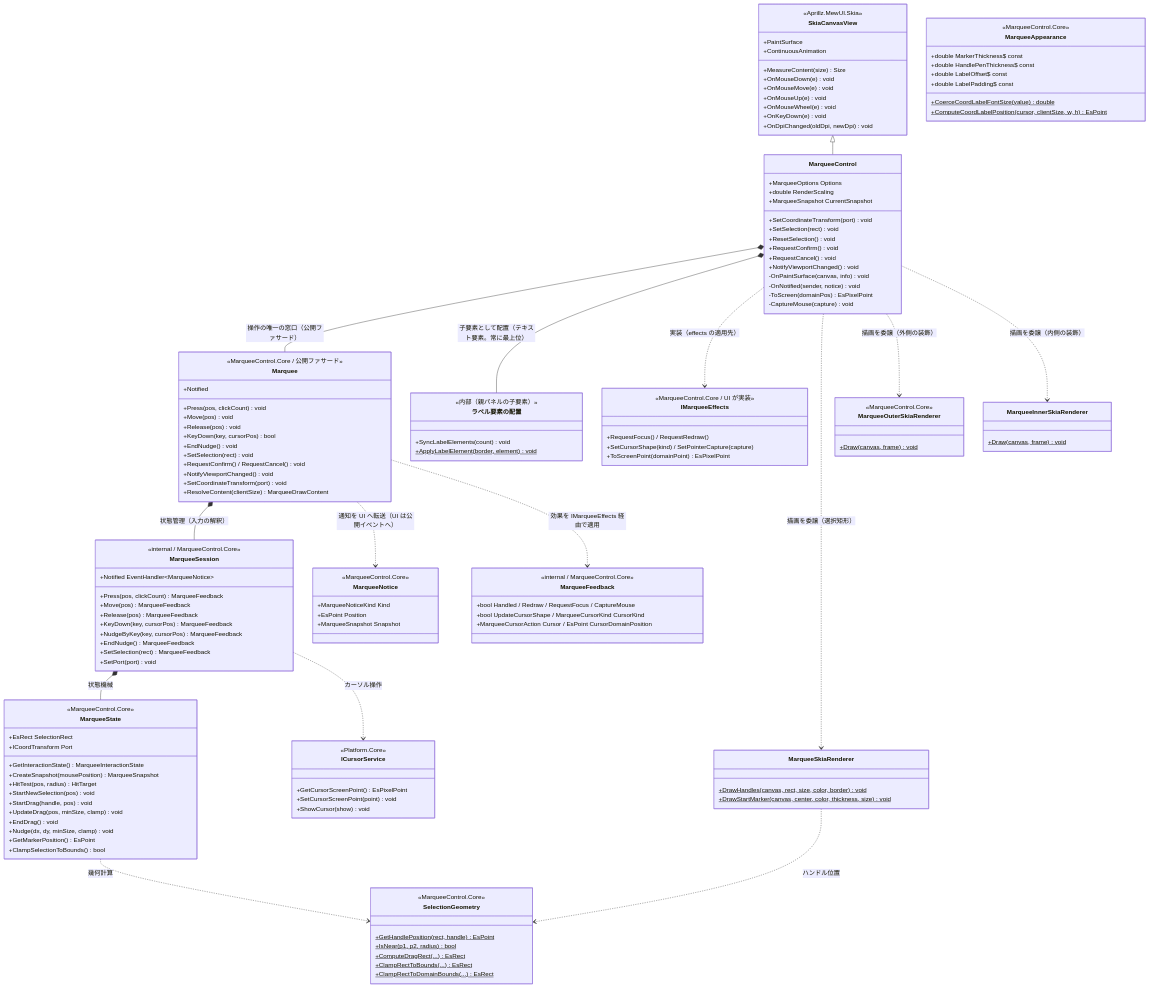
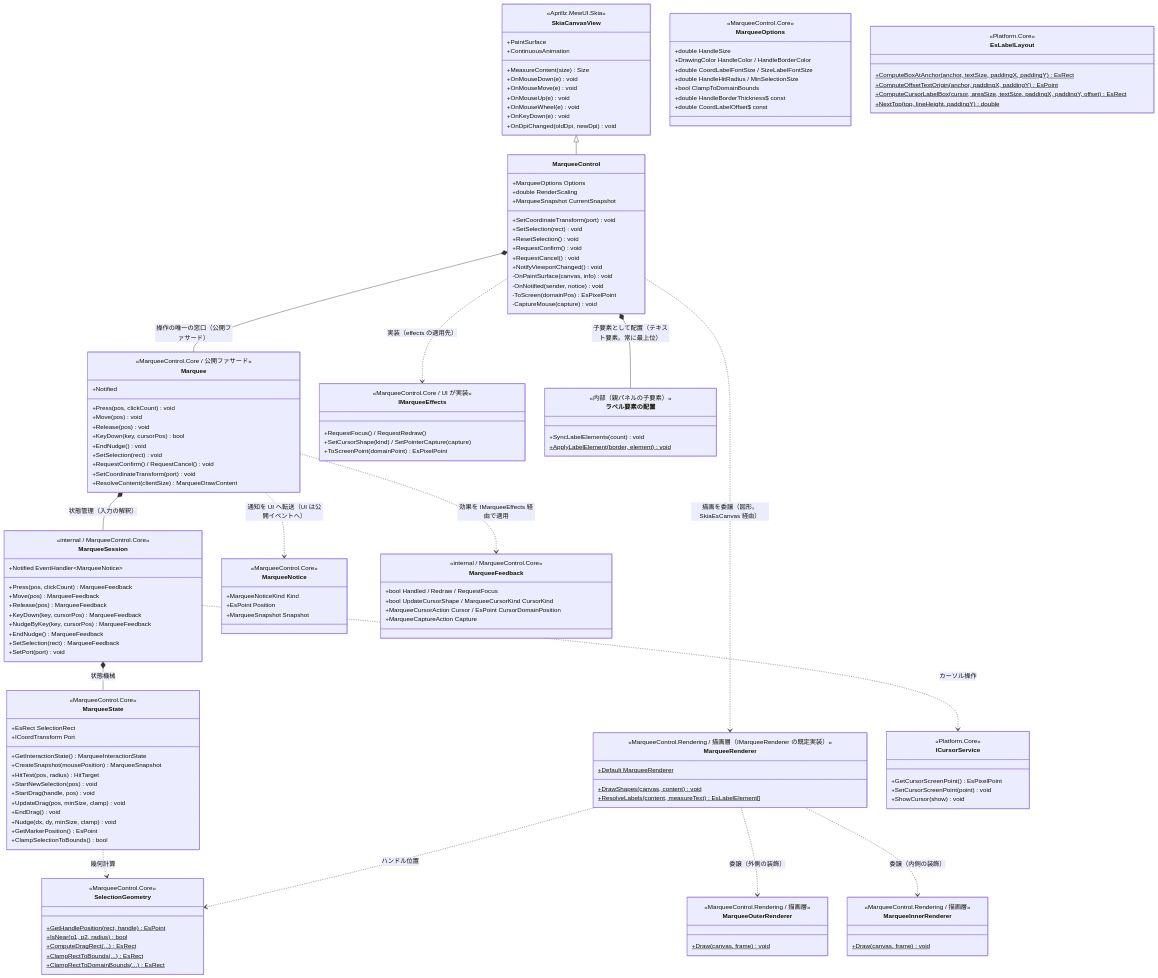
Before and after one commit to tomokuni/SaveEvidence: the first of 4 diagrams in src/MarqueeControl.MewUI/SPEC_System.md, drawn with Mermaid. The commit also changed other lines of this file and 220 other files, not shown here.

````diff
--- a/src/MarqueeControl.MewUI/SPEC_System.md
+++ b/src/MarqueeControl.MewUI/SPEC_System.md
@@ -142,7 +126,6 @@
         +EndNudge() void
         +SetSelection(rect) void
         +RequestConfirm() / RequestCancel() void
-        +NotifyViewportChanged() void
         +SetCoordinateTransform(port) void
         +ResolveContent(clientSize) MarqueeDrawContent
         +Notified
@@ -173,16 +156,19 @@
     }
     class MarqueeFeedback {
         <<internal / MarqueeControl.Core>>
-        +bool Handled / Redraw / RequestFocus / CaptureMouse
+        +bool Handled / Redraw / RequestFocus
         +bool UpdateCursorShape / MarqueeCursorKind CursorKind
         +MarqueeCursorAction Cursor / EsPoint CursorDomainPosition
+        +MarqueeCaptureAction Capture
     }
-    class MarqueeSkiaRenderer {
-        +DrawHandles(canvas, rect, size, color, border)$ void
-        +DrawStartMarker(canvas, center, color, thickness, size)$ void
-      }
-      class MarqueeOuterSkiaRenderer {
-        <<MarqueeControl.Core>>
+    class MarqueeRenderer {
+        <<MarqueeControl.Rendering / 描画層（IMarqueeRenderer の既定実装）>>
+        +Default MarqueeRenderer$
+        +DrawShapes(canvas, content)$ void
+        +ResolveLabels(content, measureText) EsLabelElement[]$
+    }
+      class MarqueeOuterRenderer {
+        <<MarqueeControl.Rendering / 描画層>>
         +Draw(canvas, frame)$ void
       }
       class ラベル要素の配置 {
@@ -190,17 +176,26 @@
         +SyncLabelElements(count) void
         +ApplyLabelElement(border, element)$ void
       }
-      class MarqueeInnerSkiaRenderer {
+      class MarqueeInnerRenderer {
+        <<MarqueeControl.Rendering / 描画層>>
         +Draw(canvas, frame)$ void
       }
-      class MarqueeAppearance {
+      class MarqueeOptions {
           <<MarqueeControl.Core>>
-          +double MarkerThickness$ const
-          +double HandlePenThickness$ const
-          +double LabelOffset$ const
-          +double LabelPadding$ const
-          +CoerceCoordLabelFontSize(value)$ double
-          +ComputeCoordLabelPosition(cursor, clientSize, w, h)$ EsPoint
+          +double HandleSize
+          +DrawingColor HandleColor / HandleBorderColor
+          +double CoordLabelFontSize / SizeLabelFontSize
+          +double HandleHitRadius / MinSelectionSize
+          +bool ClampToDomainBounds
+          +double HandleBorderThickness$ const
+          +double CoordLabelOffset$ const
+    }
+    class EsLabelLayout {
+        <<Platform.Core>>
+        +ComputeBoxAtAnchor(anchor, textSize, paddingX, paddingY)$ EsRect
+        +ComputeOffsetTextOrigin(anchor, paddingX, paddingY)$ EsPoint
+        +ComputeCursorLabelBox(cursor, areaSize, textSize, paddingX, paddingY, offset)$ EsRect
+        +NextTop(top, lineHeight, paddingY)$ double
     }
     class MarqueeState {
         <<MarqueeControl.Core>>
@@ -239,11 +234,11 @@
     Marquee *-- MarqueeSession : 状態管理（入力の解釈）
     Marquee ..> MarqueeNotice : 通知を UI へ転送（UI は公開イベントへ）
     Marquee ..> MarqueeFeedback : 効果を IMarqueeEffects 経由で適用
-    MarqueeControl ..> MarqueeSkiaRenderer : 描画を委譲（選択矩形）
-    MarqueeControl ..> MarqueeOuterSkiaRenderer : 描画を委譲（外側の装飾）
-    MarqueeControl ..> MarqueeInnerSkiaRenderer : 描画を委譲（内側の装飾）
+    MarqueeControl ..> MarqueeRenderer : 描画を委譲（図形。SkiaEsCanvas 経由）
+    MarqueeRenderer ..> MarqueeOuterRenderer : 委譲（外側の装飾）
+    MarqueeRenderer ..> MarqueeInnerRenderer : 委譲（内側の装飾）
     MarqueeSession *-- MarqueeState : 状態機械
     MarqueeSession ..> ICursorService : カーソル操作
     MarqueeState ..> SelectionGeometry : 幾何計算
-    MarqueeSkiaRenderer ..> SelectionGeometry : ハンドル位置
+    MarqueeRenderer ..> SelectionGeometry : ハンドル位置
 ```
````
